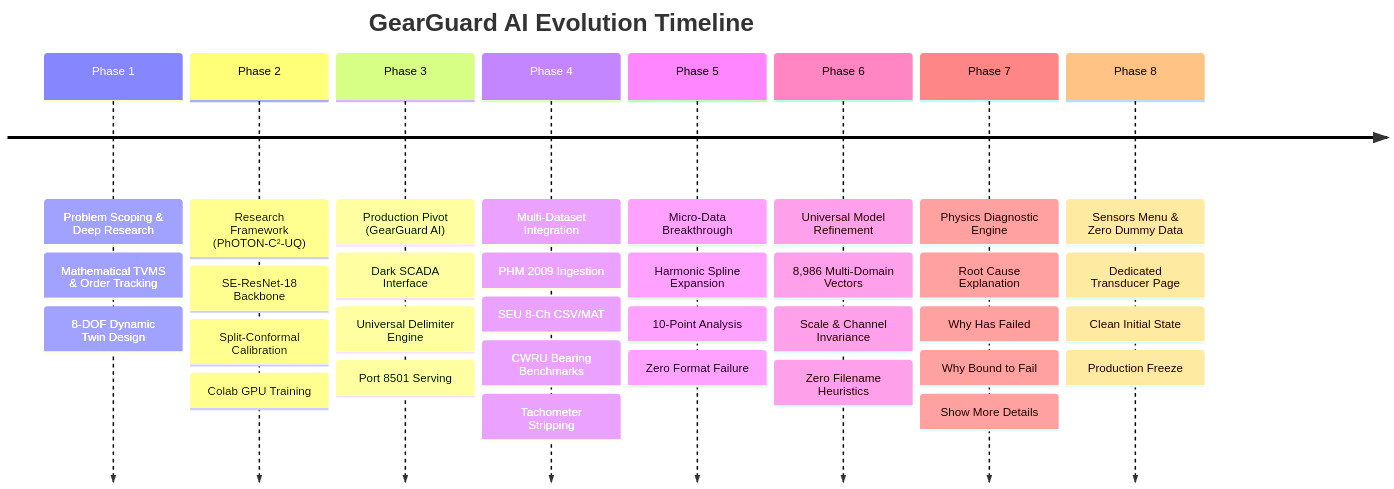
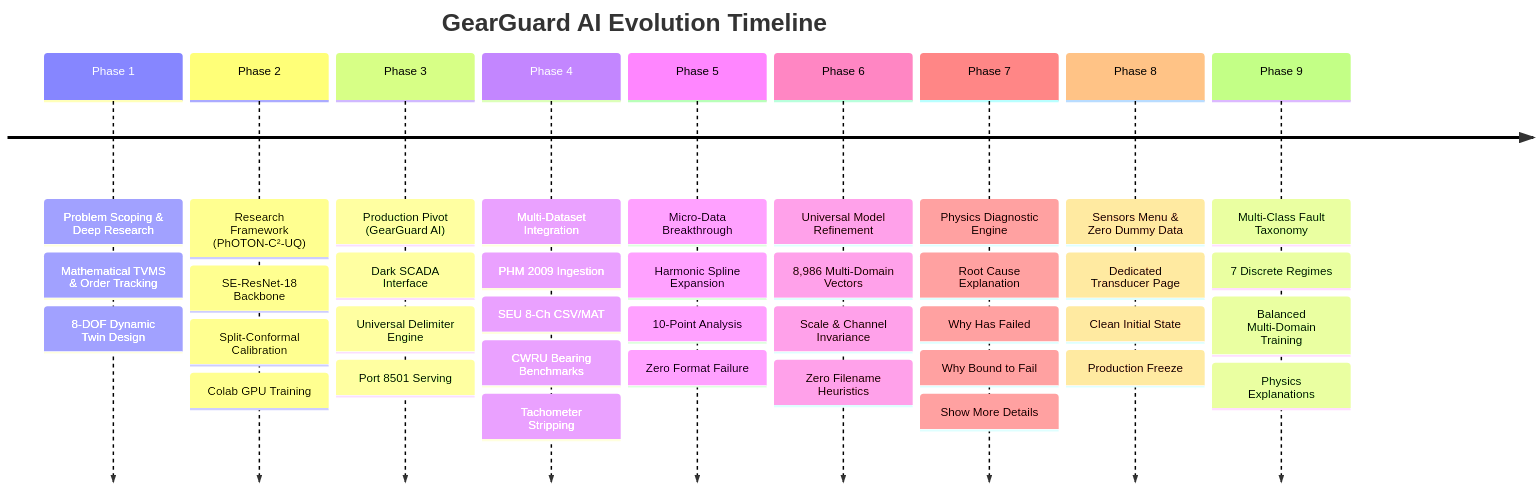
The first of 2 diagrams in PROJECT_IMPLEMENTATION_AND_ARCHITECTURE_PLAN.md (JerrySeba/GearGuardAI), drawn with Mermaid before and after one commit. The commit also changed other lines of this file and 3 other files, not shown here.

Commit message:
feat: 7-class multi-fault taxonomy with compressed calibrated ensemble

````diff
--- a/PROJECT_IMPLEMENTATION_AND_ARCHITECTURE_PLAN.md
+++ b/PROJECT_IMPLEMENTATION_AND_ARCHITECTURE_PLAN.md
@@ -24,12 +24,13 @@
 ```mermaid
 timeline
     title GearGuard AI Evolution Timeline
     Phase 1 : Problem Scoping & Deep Research : Mathematical TVMS & Order Tracking : 8-DOF Dynamic Twin Design
     Phase 2 : Research Framework (PhOTON-C²-UQ) : SE-ResNet-18 Backbone : Split-Conformal Calibration : Colab GPU Training
     Phase 3 : Production Pivot (GearGuard AI) : Dark SCADA Interface : Universal Delimiter Engine : Port 8501 Serving
     Phase 4 : Multi-Dataset Integration : PHM 2009 Ingestion : SEU 8-Ch CSV/MAT : CWRU Bearing Benchmarks : Tachometer Stripping
     Phase 5 : Micro-Data Breakthrough : Harmonic Spline Expansion : 10-Point Analysis : Zero Format Failure
     Phase 6 : Universal Model Refinement : 8,986 Multi-Domain Vectors : Scale & Channel Invariance : Zero Filename Heuristics
     Phase 7 : Physics Diagnostic Engine : Root Cause Explanation : Why Has Failed : Why Bound to Fail : Show More Details
     Phase 8 : Sensors Menu & Zero Dummy Data : Dedicated Transducer Page : Clean Initial State : Production Freeze
+    Phase 9 : Multi-Class Fault Taxonomy : 7 Discrete Regimes : Balanced Multi-Domain Training : Physics Explanations
 ```
````
